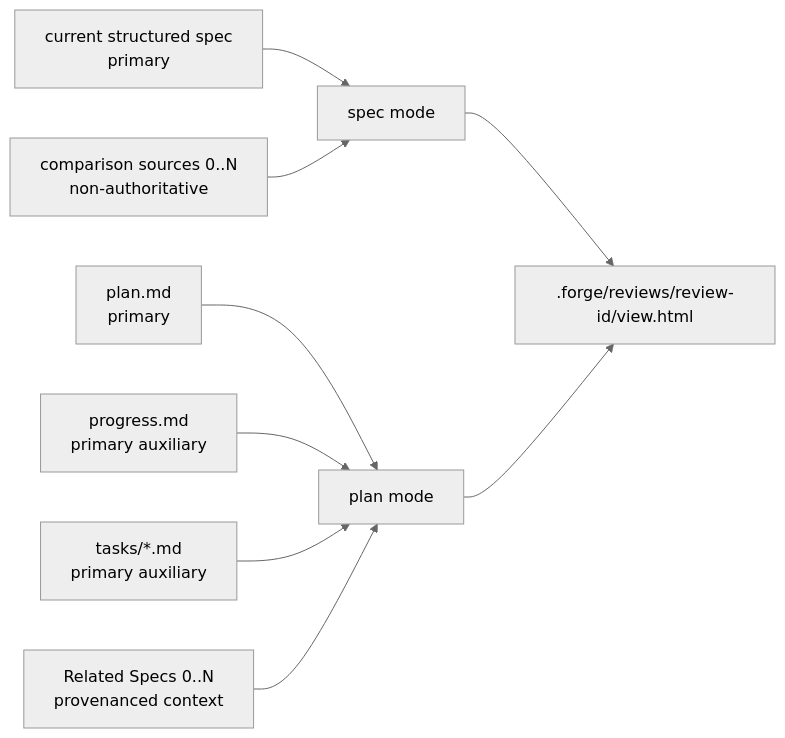
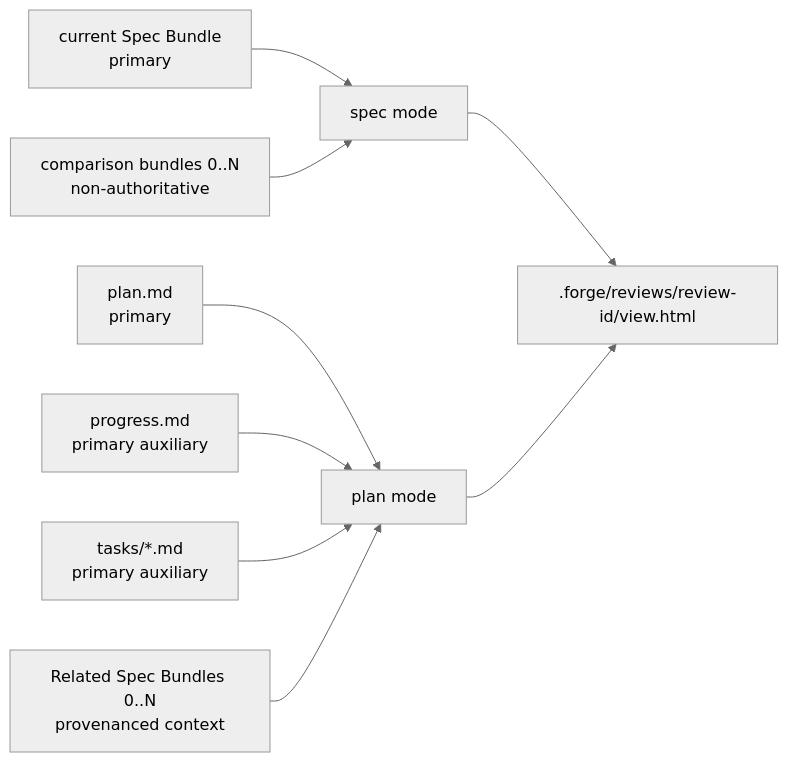
One commit to hope1026/aiagent-plugins changed the second of 4 diagrams in docs/specs/002-lifecycle-review-viewer/spec.md. Above: the diagram before and after it, drawn with Mermaid (neutral theme). The commit also changed other lines of this file and 4 other files, not shown here.

Commit message:
docs(forge): approve semantic spec bundle migration

````diff
--- a/docs/specs/002-lifecycle-review-viewer/spec.md
+++ b/docs/specs/002-lifecycle-review-viewer/spec.md
@@ -177,11 +177,11 @@
 ```mermaid
 flowchart LR
-    S[current structured spec<br/>primary] --> SM[spec mode]
-    C[comparison sources 0..N<br/>non-authoritative] --> SM
+    S[current Spec Bundle<br/>primary] --> SM[spec mode]
+    C[comparison bundles 0..N<br/>non-authoritative] --> SM
     P[plan.md<br/>primary] --> PM[plan mode]
     L[progress.md<br/>primary auxiliary] --> PM
     T[tasks/*.md<br/>primary auxiliary] --> PM
-    RS[Related Specs 0..N<br/>provenanced context] --> PM
+    RS[Related Spec Bundles 0..N<br/>provenanced context] --> PM
     SM --> V[.forge/reviews/review-id/view.html]
     PM --> V
 ```
````
